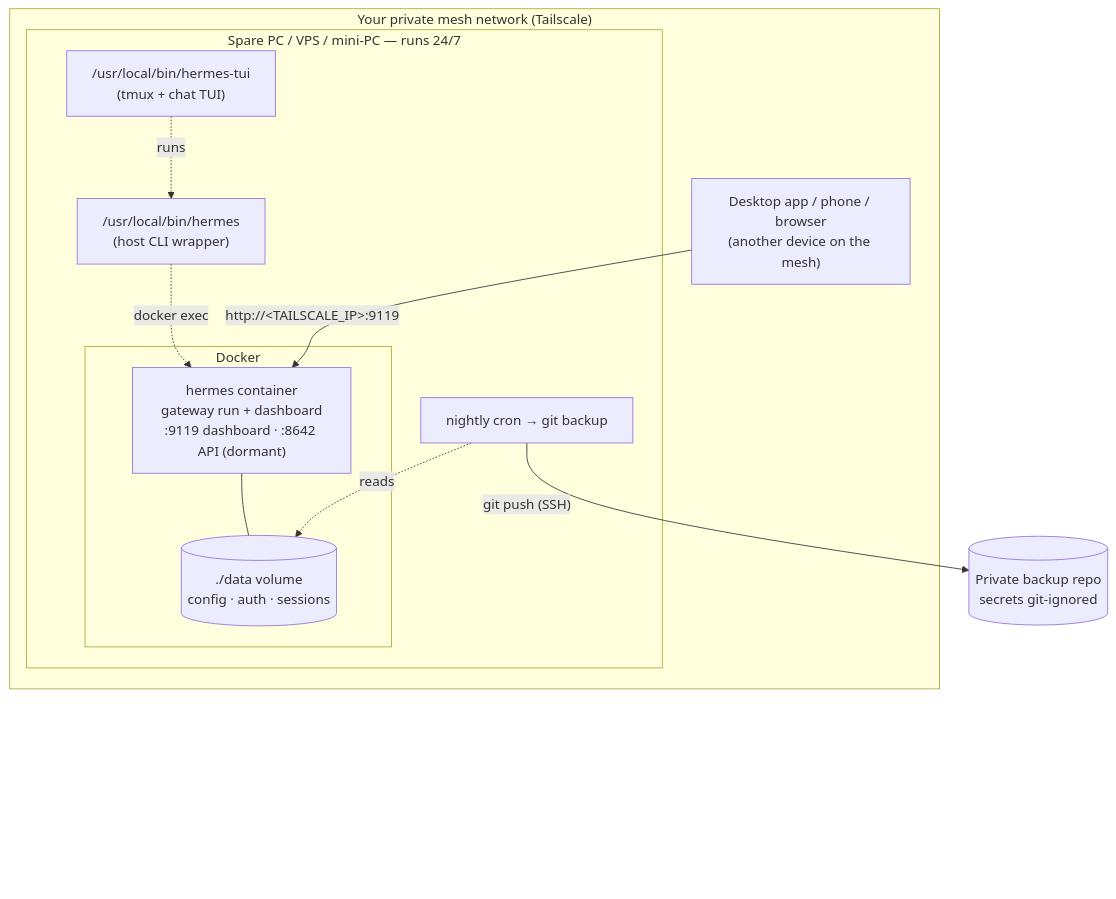
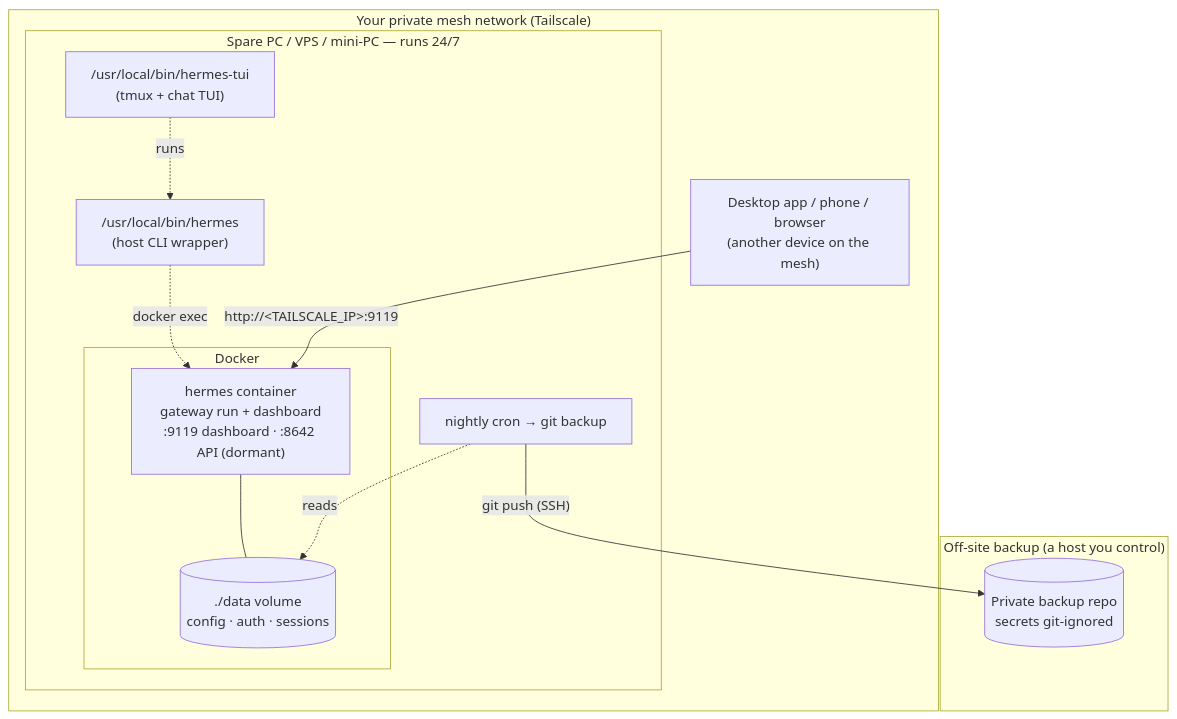
One commit to EpsilonLLC/run-your-own-ai-agent changed the diagram in README.md. Above: the diagram before and after it, drawn with Mermaid.

Commit message:
docs: wrap off-site backup repo in its own labeled subgraph
Replaces the stray bottom-right cylinder (and the spacer hack) with a clean
"Off-site backup" subgraph that stacks below the mesh box, inside the frame.

````diff
--- a/README.md
+++ b/README.md
@@ -103,27 +103,24 @@
 ```mermaid
 flowchart TB
     subgraph mesh["Your private mesh network (Tailscale)"]
         subgraph box["Spare PC / VPS / mini-PC — runs 24/7"]
             subgraph docker["Docker"]
                 hermes["hermes container<br/>gateway run + dashboard<br/>:9119 dashboard · :8642 API (dormant)"]
                 data[("./data volume<br/>config · auth · sessions")]
                 hermes --- data
             end
             cli["/usr/local/bin/hermes<br/>(host CLI wrapper)"]
             tui["/usr/local/bin/hermes-tui<br/>(tmux + chat TUI)"]
             cron["nightly cron → git backup"]
             cli -. docker exec .-> hermes
             tui -. runs .-> cli
             cron -. reads .-> data
         end
         desktop["Desktop app / phone / browser<br/>(another device on the mesh)"]
         desktop -- "http://&lt;TAILSCALE_IP&gt;:9119" --> hermes
     end
-    cron -- "git push (SSH)" --> repo[("Private backup repo<br/>secrets git-ignored")]
-    repo --- z1[" "]
-    z1 --- z2[" "]
-    z2 --- z3[" "]
-    classDef ghost fill:transparent,stroke:transparent,color:transparent
-    class z1,z2,z3 ghost
-    linkStyle 6,7,8 stroke-width:0px,stroke:transparent
+    subgraph offsite["Off-site backup (a host you control)"]
+        repo[("Private backup repo<br/>secrets git-ignored")]
+    end
+    cron -- "git push (SSH)" --> repo
 ```
````
